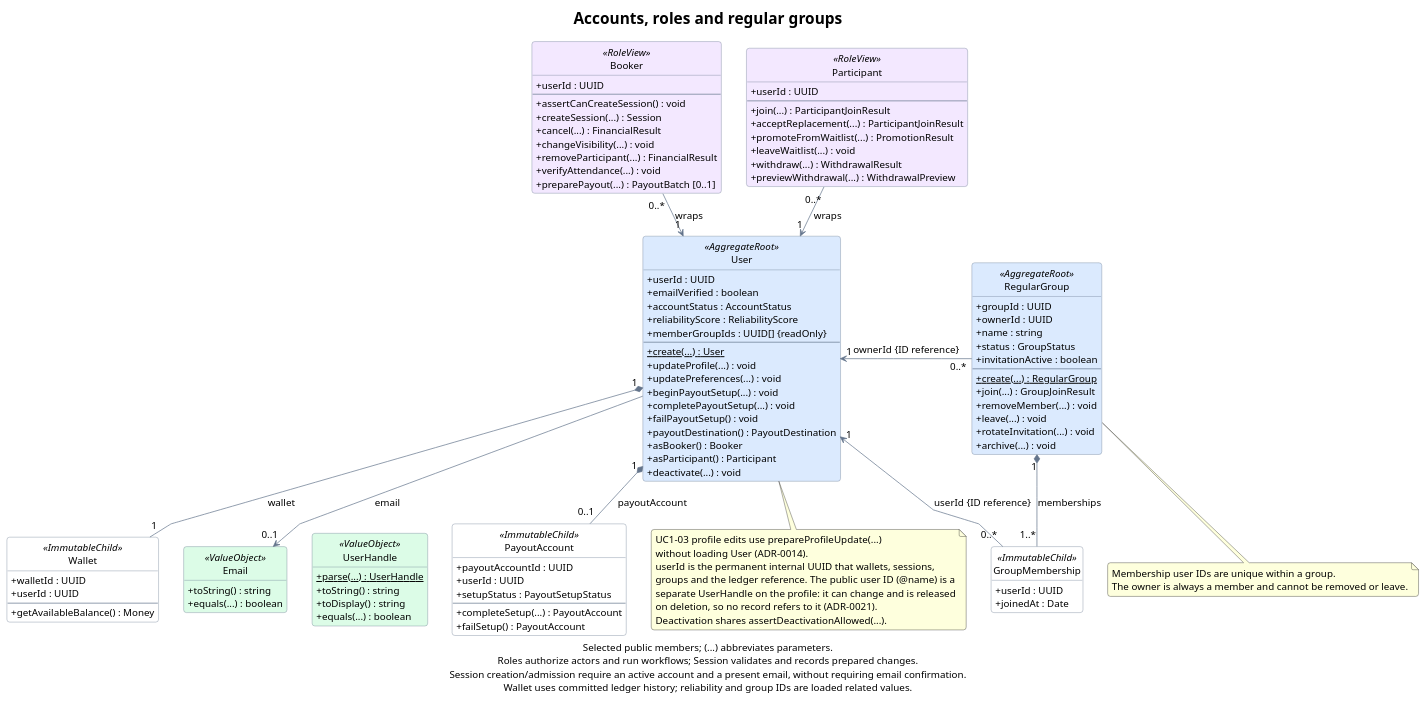
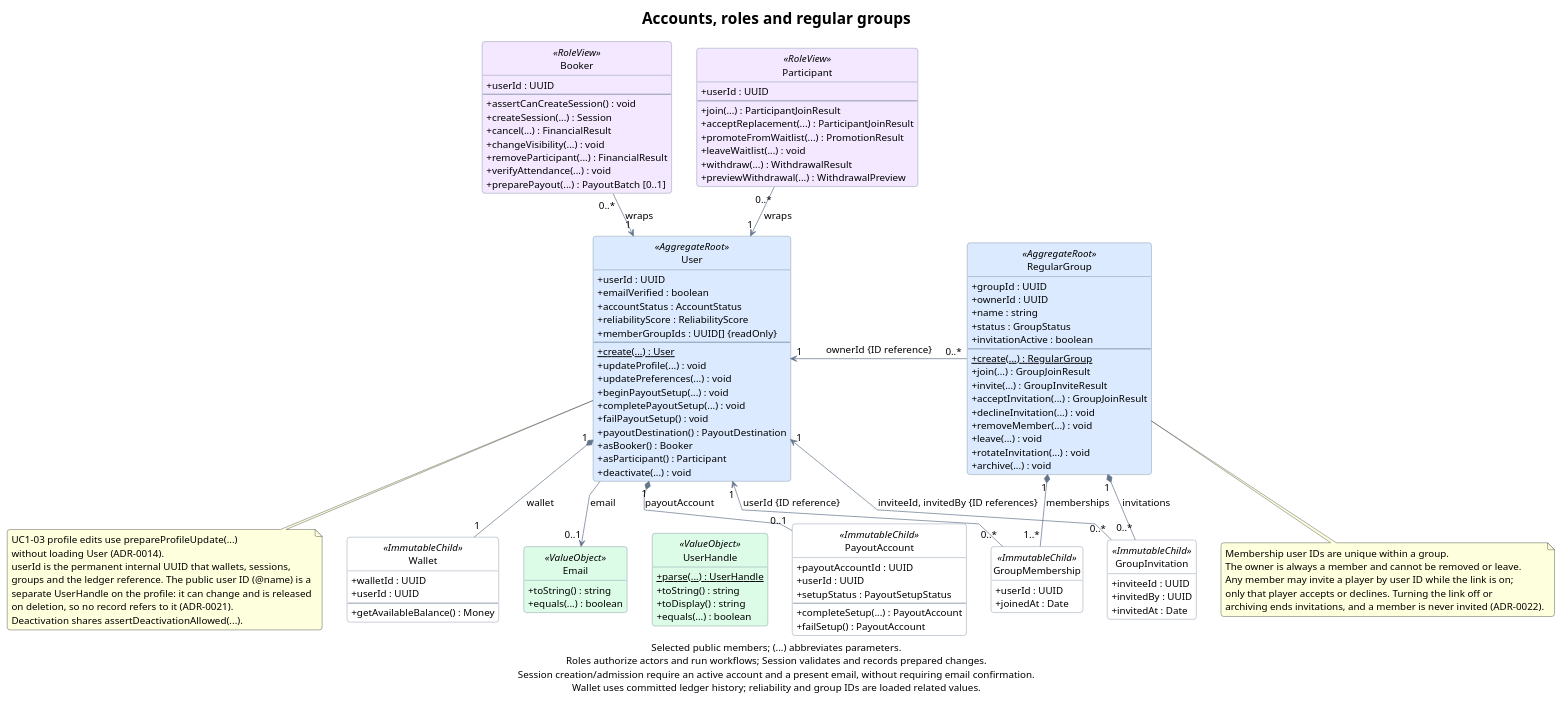
The diagram in docs/diagrams/domain-accounts.puml (liang799/booking-web-manager), drawn with PlantUML before and after one commit. The commit also changed 44 other files, not shown here.

First line of the commit message:
feat(groups): UC1-06 invite a player to a group by user ID

```diff
--- a/docs/diagrams/domain-accounts.puml
+++ b/docs/diagrams/domain-accounts.puml
@@ -1,144 +1,158 @@
 @startuml domain-accounts
 title Accounts, roles and regular groups
 
 top to bottom direction
 hide empty members
 hide circle
 skinparam backgroundColor #FFFFFF
 skinparam shadowing false
 skinparam roundcorner 8
 skinparam defaultFontName SansSerif
 skinparam defaultFontSize 14
 skinparam titleFontSize 22
 skinparam ArrowColor #64748B
 skinparam classBorderColor #64748B
 skinparam classBackgroundColor #FFFFFF
 skinparam classBackgroundColor<<AggregateRoot>> #DBEAFE
 skinparam classBackgroundColor<<ValueObject>> #DCFCE7
 skinparam classBackgroundColor<<RoleView>> #F3E8FF
 skinparam classAttributeIconSize 0
 skinparam linetype polyline
 skinparam nodesep 35
 skinparam ranksep 40
 
 class Booker <<RoleView>> {
   +userId : UUID
   --
   +assertCanCreateSession() : void
   +createSession(...) : Session
   +cancel(...) : FinancialResult
   +changeVisibility(...) : void
   +removeParticipant(...) : FinancialResult
   +verifyAttendance(...) : void
   +preparePayout(...) : PayoutBatch [0..1]
 }
 
 class Participant <<RoleView>> {
   +userId : UUID
   --
   +join(...) : ParticipantJoinResult
   +acceptReplacement(...) : ParticipantJoinResult
   +promoteFromWaitlist(...) : PromotionResult
   +leaveWaitlist(...) : void
   +withdraw(...) : WithdrawalResult
   +previewWithdrawal(...) : WithdrawalPreview
 }
 
 class User <<AggregateRoot>> {
   +userId : UUID
   +emailVerified : boolean
   +accountStatus : AccountStatus
   +reliabilityScore : ReliabilityScore
   +memberGroupIds : UUID[] {readOnly}
   --
   {static} +create(...) : User
   +updateProfile(...) : void
   +updatePreferences(...) : void
   +beginPayoutSetup(...) : void
   +completePayoutSetup(...) : void
   +failPayoutSetup() : void
   +payoutDestination() : PayoutDestination
   +asBooker() : Booker
   +asParticipant() : Participant
   +deactivate(...) : void
 }
 
 class Wallet <<ImmutableChild>> {
   +walletId : UUID
   +userId : UUID
   --
   +getAvailableBalance() : Money
 }
 
 class Email <<ValueObject>> {
   +toString() : string
   +equals(...) : boolean
 }
 
 class UserHandle <<ValueObject>> {
   {static} +parse(...) : UserHandle
   +toString() : string
   +toDisplay() : string
   +equals(...) : boolean
 }
 
 class PayoutAccount <<ImmutableChild>> {
   +payoutAccountId : UUID
   +userId : UUID
   +setupStatus : PayoutSetupStatus
   --
   +completeSetup(...) : PayoutAccount
   +failSetup() : PayoutAccount
 }
 
 class RegularGroup <<AggregateRoot>> {
   +groupId : UUID
   +ownerId : UUID
   +name : string
   +status : GroupStatus
   +invitationActive : boolean
   --
   {static} +create(...) : RegularGroup
   +join(...) : GroupJoinResult
+  +invite(...) : GroupInviteResult
+  +acceptInvitation(...) : GroupJoinResult
+  +declineInvitation(...) : void
   +removeMember(...) : void
   +leave(...) : void
   +rotateInvitation(...) : void
   +archive(...) : void
 }
 
 class GroupMembership <<ImmutableChild>> {
   +userId : UUID
   +joinedAt : Date
 }
 
+class GroupInvitation <<ImmutableChild>> {
+  +inviteeId : UUID
+  +invitedBy : UUID
+  +invitedAt : Date
+}
+
 Booker "0..*" -down-> "1" User : wraps
 Participant "0..*" -down-> "1" User : wraps
 User "1" *-down- "1" Wallet : wallet
 User "1" *-down- "0..1" PayoutAccount : payoutAccount
 User -down-> "0..1" Email : email
 RegularGroup "1" *-down- "1..*" GroupMembership : memberships
 RegularGroup "0..*" -left-> "1" User : ownerId {ID reference}
 GroupMembership "0..*" -left-> "1" User : userId {ID reference}
+RegularGroup "1" *-down- "0..*" GroupInvitation : invitations
+GroupInvitation "0..*" -left-> "1" User : inviteeId, invitedBy {ID references}
 
 note bottom of RegularGroup
   Membership user IDs are unique within a group.
   The owner is always a member and cannot be removed or leave.
+  Any member may invite a player by user ID while the link is on;
+  only that player accepts or declines. Turning the link off or
+  archiving ends invitations, and a member is never invited (ADR-0022).
 end note
 
 note bottom of User
   UC1-03 profile edits use prepareProfileUpdate(...)
   without loading User (ADR-0014).
   userId is the permanent internal UUID that wallets, sessions,
   groups and the ledger reference. The public user ID (@name) is a
   separate UserHandle on the profile: it can change and is released
   on deletion, so no record refers to it (ADR-0021).
   Deactivation shares assertDeactivationAllowed(...).
 end note
 
 User -[hidden]right- RegularGroup
 Wallet -[hidden]right- Email
 Email -[hidden]right- UserHandle
 UserHandle -[hidden]right- PayoutAccount
 
 caption Selected public members; (...) abbreviates parameters.\nRoles authorize actors and run workflows; Session validates and records prepared changes.\nSession creation/admission require an active account and a present email, without requiring email confirmation.\nWallet uses committed ledger history; reliability and group IDs are loaded related values.
 @enduml
```
